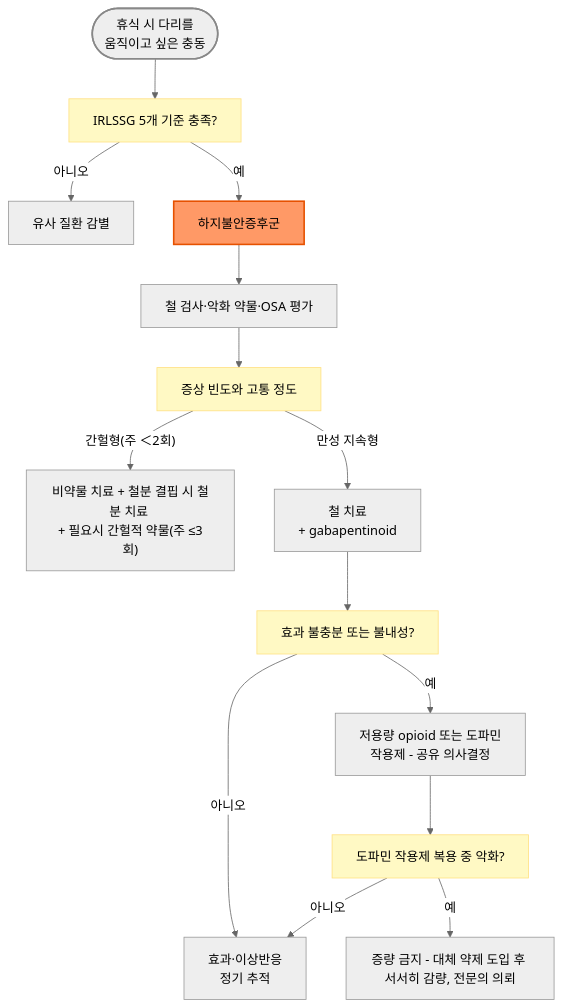
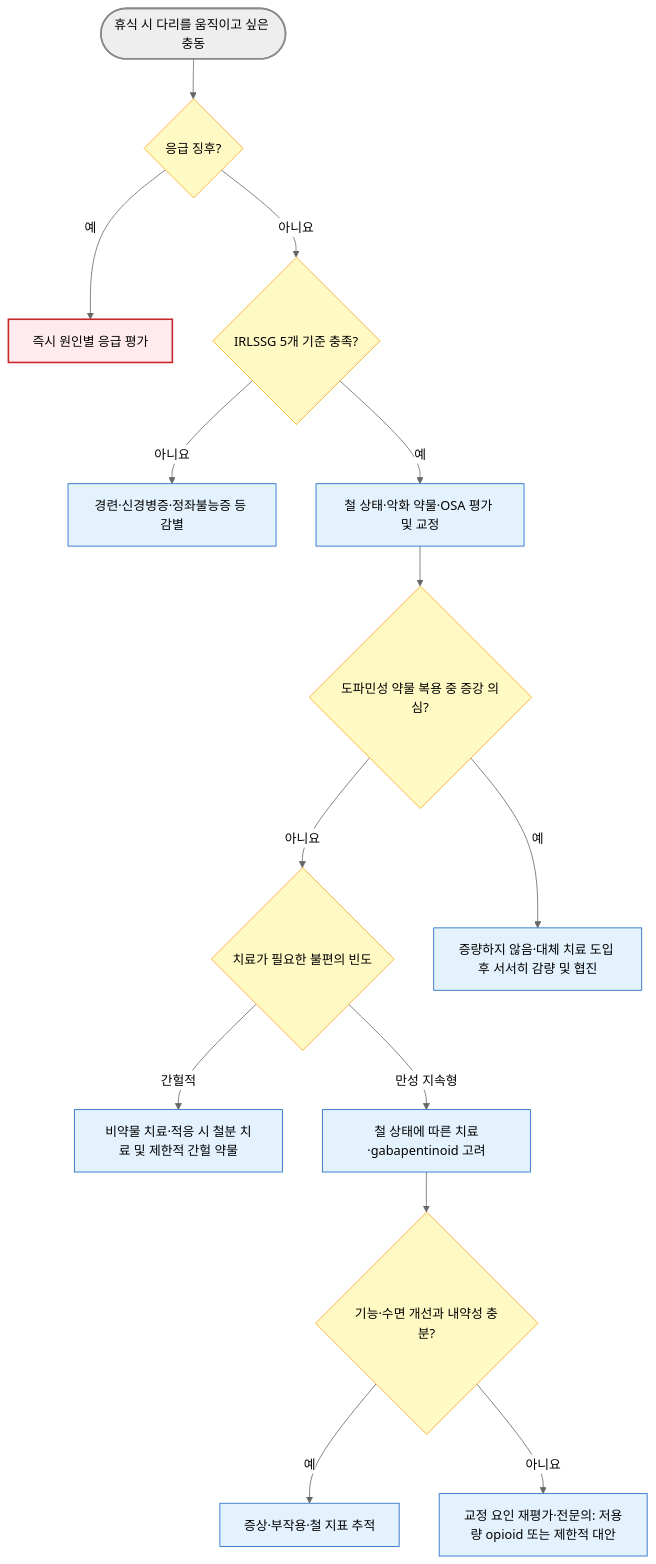
One commit to familyoh77/familyoh77 changed the diagram in 221_/036_-restless-legs-syndrome.md. Above: the diagram before and after it, drawn with Mermaid (neutral theme). The commit also changed other lines of this file and 2 other files, not shown here.

````diff
--- a/221_/036_-restless-legs-syndrome.md
+++ b/221_/036_-restless-legs-syndrome.md
@@ -138,20 +140,23 @@
 ```mermaid
-graph TD
-    Start(["휴식 시 다리를 <br/>움직이고 싶은 충동"]) --> A["IRLSSG 5개 기준 충족?"]
-    A -- 아니오 --> B["유사 질환 감별"]
-    A -- 예 --> C["하지불안증후군"]
-    C --> D["철 검사·악화 약물·OSA 평가"]
-    D --> E["증상 빈도와 고통 정도"]
-    E -- "간헐형(주 ＜2회)" --> F["비약물 치료 + 철분 결핍 시 철분 치료 <br/>+ 필요시 간헐적 약물(주 ≤3회)"]
-    E -- 만성 지속형 --> G["철 치료 <br/>+ gabapentinoid"]
-    G --> H["효과 불충분 또는 불내성?"]
-    H -- 아니오 --> I["효과·이상반응 <br/>정기 추적"]
-    H -- 예 --> K["저용량 opioid 또는 도파민 <br/>작용제 - 공유 의사결정"]
-    K --> L["도파민 작용제 복용 중 악화?"]
-    L -- 예 --> M["증량 금지 - 대체 약제 도입 후 서서히 감량, 전문의 의뢰"]
-    L -- 아니오 --> I
-    style Start fill:#eeeeee,stroke:#888888,stroke-width:2px
-    style C fill:#f96,stroke:#e65100,stroke-width:2px
-    classDef yellow fill:#fff9c4,stroke:#ffe082
-    class A,E,H,L yellow
+flowchart TD
+    A(["휴식 시 다리를 움직이고 싶은 충동"]) --> B{"응급 징후?"}
+    B -- "예" --> C["즉시 원인별 응급 평가"]
+    B -- "아니요" --> D{"IRLSSG 5개 기준 충족?"}
+    D -- "아니요" --> E["경련·신경병증·정좌불능증 등 감별"]
+    D -- "예" --> F["철 상태·악화 약물·OSA 평가 및 교정"]
+    M -- "아니요" --> G{"치료가 필요한 불편의 빈도"}
+    G -- "간헐적" --> H["비약물 치료·적응 시 철분 치료 및 제한적 간헐 약물"]
+    G -- "만성 지속형" --> I["철 상태에 따른 치료·gabapentinoid 고려"]
+    I --> J{"기능·수면 개선과 내약성 충분?"}
+    J -- "예" --> K["증상·부작용·철 지표 추적"]
+    J -- "아니요" --> L["교정 요인 재평가·전문의: 저용량 opioid 또는 제한적 대안"]
+    F --> M{"도파민성 약물 복용 중 증강 의심?"}
+    M -- "예" --> N["증량하지 않음·대체 치료 도입 후 서서히 감량 및 협진"]
+    style A fill:#eee,stroke:#888,stroke-width:2px
+    classDef decision fill:#fff9c4,stroke:#f9a825
+    classDef emergency fill:#ffebee,stroke:#c62828,stroke-width:2px
+    classDef action fill:#e3f2fd,stroke:#1565c0
+    class B,D,G,J,M decision
+    class C emergency
+    class E,F,H,I,K,L,N action
 ```
````
